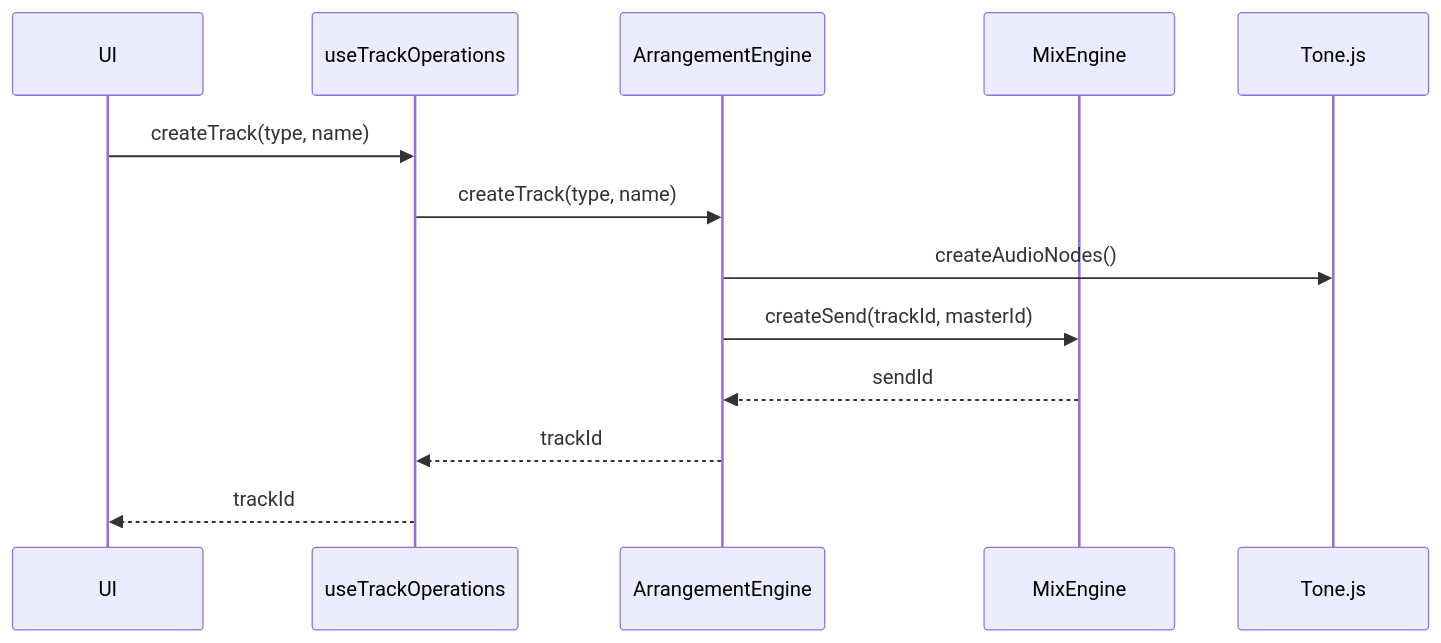
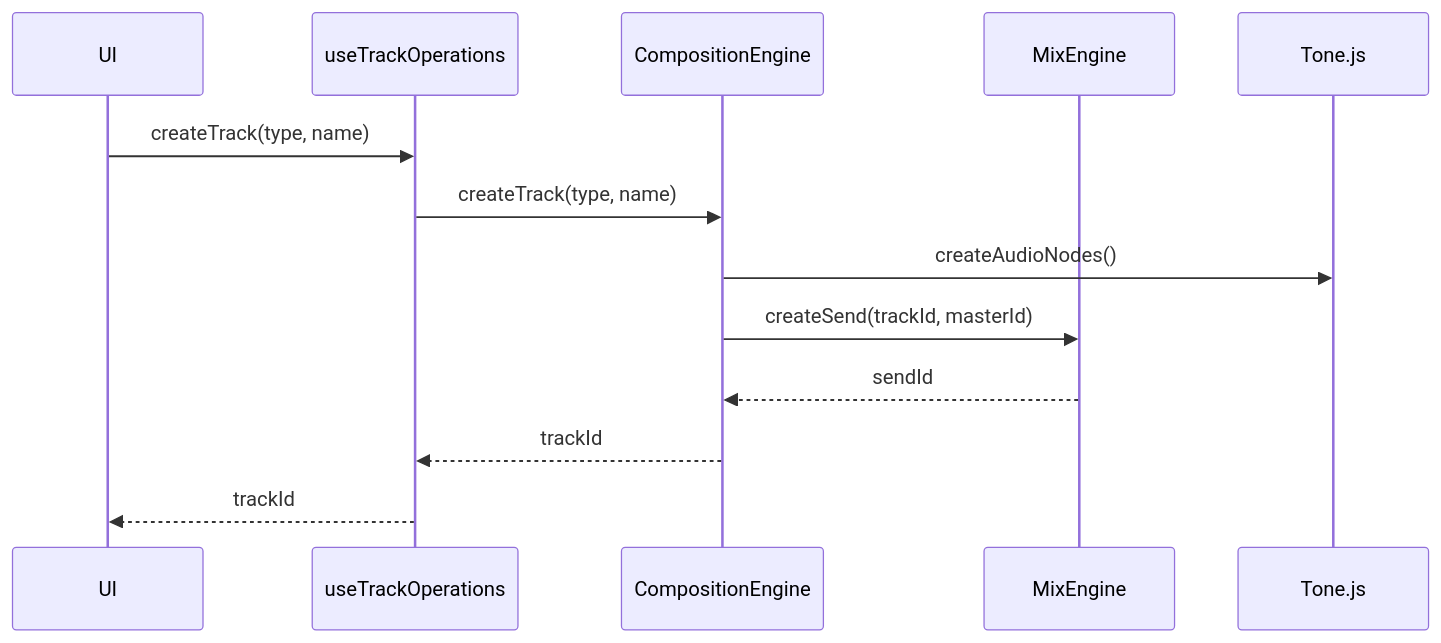
One commit to yannmazita/daw.ts changed the fifth of 9 diagrams in README.md. Above: the diagram before and after it, drawn with Mermaid. The commit also changed other lines of this file and 31 other files, not shown here.

````diff
--- a/README.md
+++ b/README.md
@@ -149,15 +149,15 @@
 ```mermaid
 sequenceDiagram
     participant UI
     participant useTrackOperations
-    participant ArrangementEngine
+    participant CompositionEngine
     participant MixEngine
 
     UI->>useTrackOperations: createTrack(type, name)
-    useTrackOperations->>ArrangementEngine: createTrack(type, name)
-    ArrangementEngine->>Tone.js: createAudioNodes()
-    ArrangementEngine->>MixEngine: createSend(trackId, masterId)
-    MixEngine-->>ArrangementEngine: sendId
-    ArrangementEngine-->>useTrackOperations: trackId
+    useTrackOperations->>CompositionEngine: createTrack(type, name)
+    CompositionEngine->>Tone.js: createAudioNodes()
+    CompositionEngine->>MixEngine: createSend(trackId, masterId)
+    MixEngine-->>CompositionEngine: sendId
+    CompositionEngine-->>useTrackOperations: trackId
     useTrackOperations-->>UI: trackId
 ```
````
